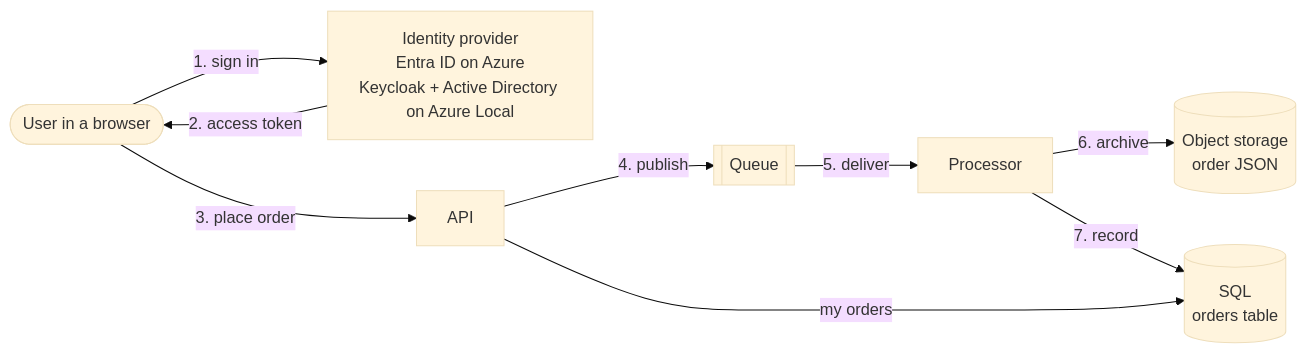
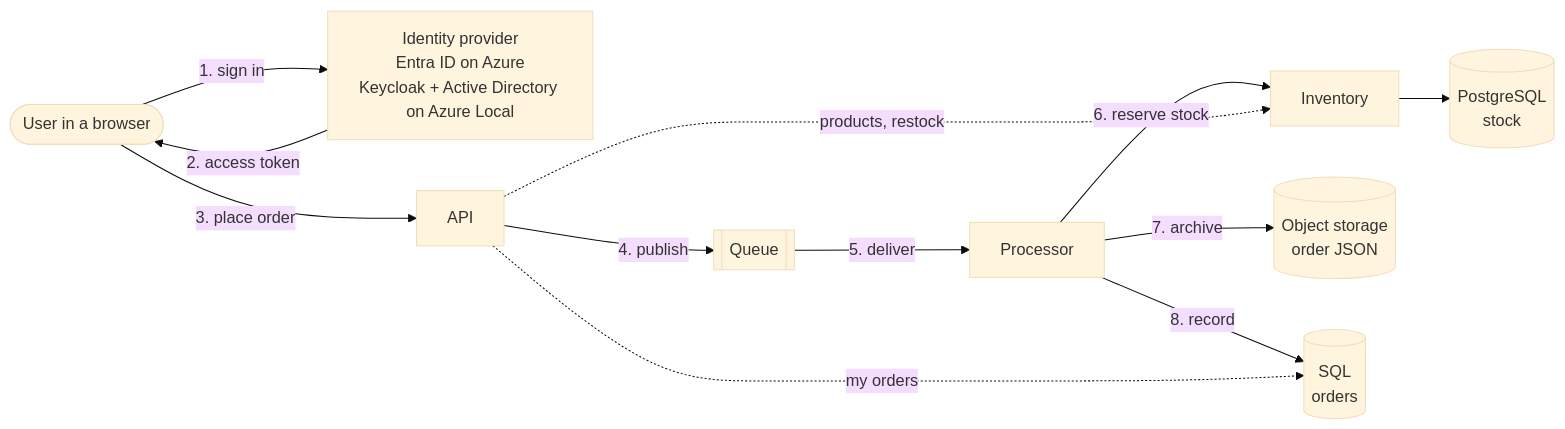
Before and after one commit to Azure-Samples/portability-patterns-library: the diagram in samples/OrderManagementApp/README.md, drawn with Mermaid (base theme). The commit also changed other lines of this file and 133 other files, not shown here.

````diff
--- a/samples/OrderManagementApp/README.md
+++ b/samples/OrderManagementApp/README.md
@@ -14,19 +16,24 @@
 ```mermaid
 flowchart LR
     user(["User in a browser"])
     idp["Identity provider<br/>Entra ID on Azure<br/>Keycloak + Active Directory on Azure Local"]
     api["API"]
     queue[["Queue"]]
     processor["Processor"]
+    inventory["Inventory"]
     storage[("Object storage<br/>order JSON")]
-    sql[("SQL<br/>orders table")]
+    sql[("SQL<br/>orders")]
+    pg[("PostgreSQL<br/>stock")]
 
     user -- "1. sign in" --> idp
     idp -- "2. access token" --> user
     user -- "3. place order" --> api
     api -- "4. publish" --> queue
     queue -- "5. deliver" --> processor
-    processor -- "6. archive" --> storage
-    processor -- "7. record" --> sql
-    api -- "my orders" --> sql
+    processor -- "6. reserve stock" --> inventory
+    processor -- "7. archive" --> storage
+    processor -- "8. record" --> sql
+    api -. "products, restock" .-> inventory
+    api -. "my orders" .-> sql
+    inventory --> pg
 ```
````
